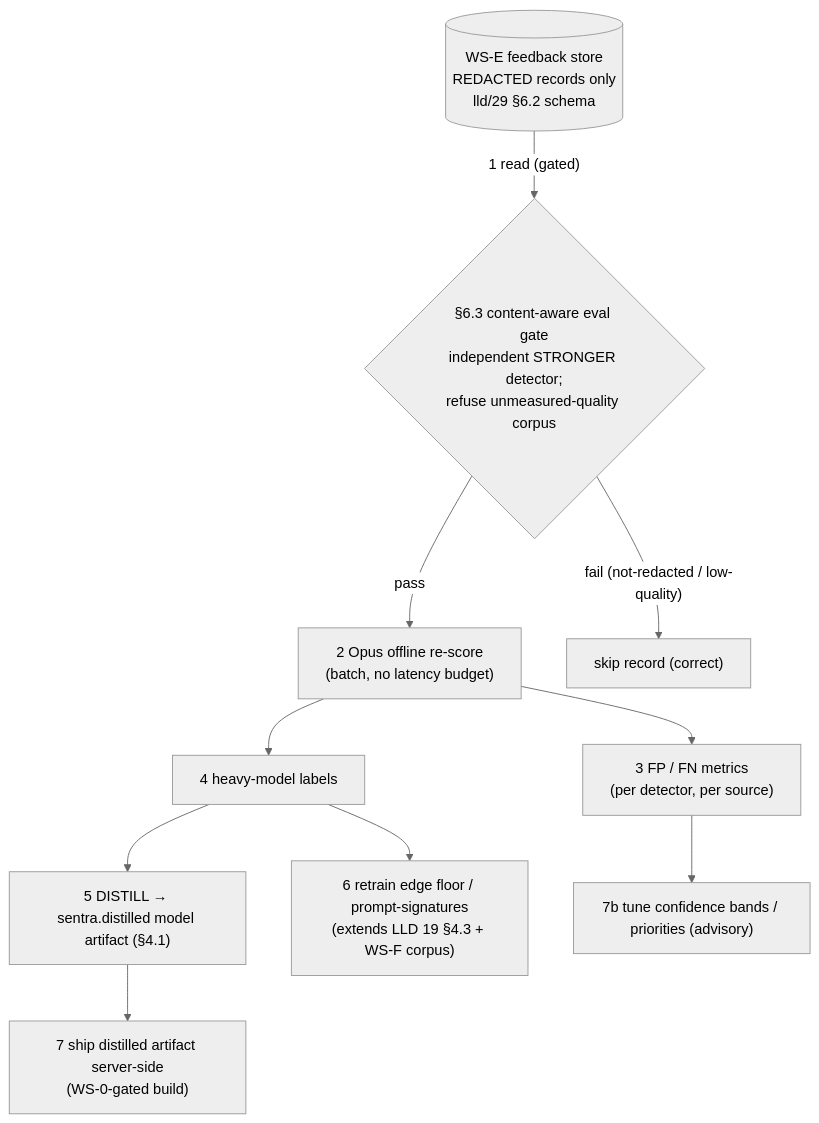
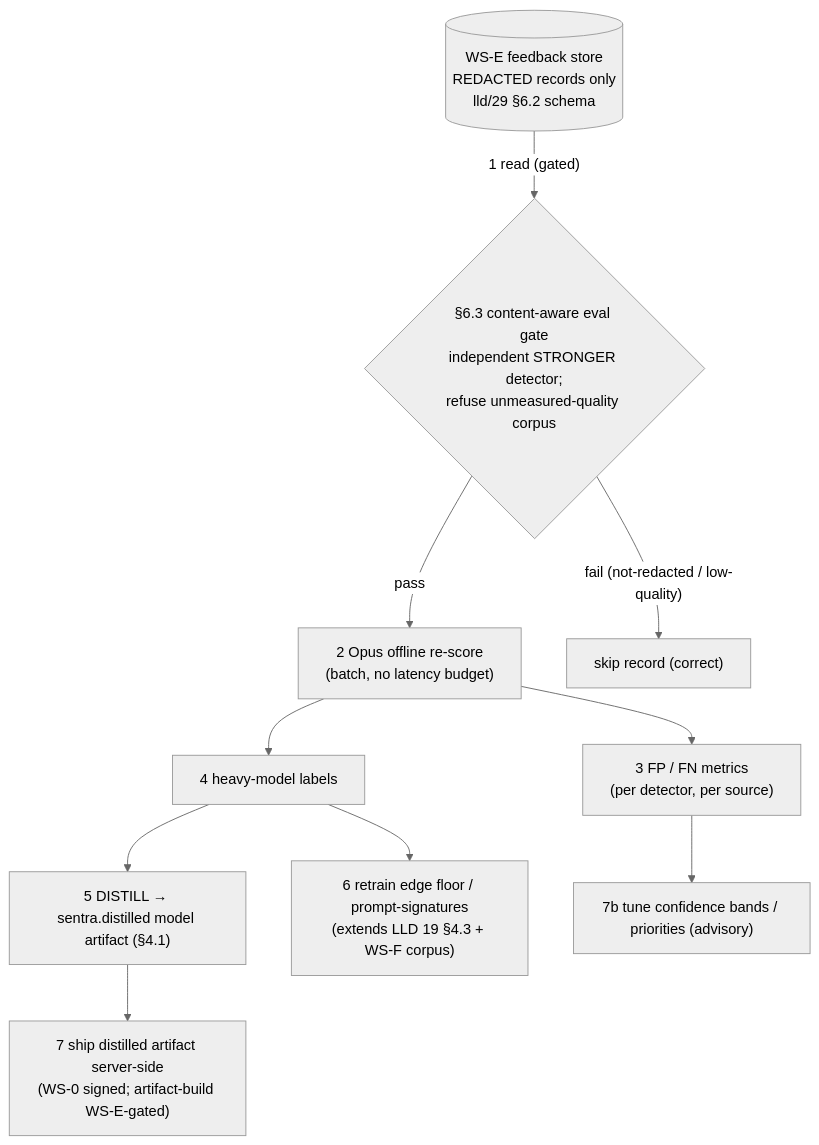
One commit to shashank31mar/Sentra changed the fourth of 4 diagrams in lld/32-detection-depth.md. Above: the diagram before and after it, drawn with Mermaid (neutral theme). The commit also changed other lines of this file and 1 other file, not shown here.

Commit message:
ws-l: lld/32 detection-depth converged (round-4 + FIX-I/J/K identity-order, all_allow scope, T-TRAIL-14 register-when-emitting; mermaid gate clean 33pp)

````diff
--- a/lld/32-detection-depth.md
+++ b/lld/32-detection-depth.md
@@ -398,12 +432,12 @@
 ```mermaid
 flowchart TD
   FS[("WS-E feedback store<br/>REDACTED records only<br/>lld/29 §6.2 schema")] -->|"1 read (gated)"| GATE{"§6.3 content-aware eval gate<br/>independent STRONGER detector;<br/>refuse unmeasured-quality corpus"}
   GATE -->|"pass"| OPUS["2 Opus offline re-score<br/>(batch, no latency budget)"]
   GATE -->|"fail (not-redacted / low-quality)"| SKIP["skip record (correct)"]
   OPUS --> METRICS["3 FP / FN metrics<br/>(per detector, per source)"]
   OPUS --> LABELS["4 heavy-model labels"]
   LABELS --> DISTILL["5 DISTILL → sentra.distilled model artifact (§4.1)"]
   LABELS --> RETRAIN["6 retrain edge floor / prompt-signatures<br/>(extends LLD 19 §4.3 + WS-F corpus)"]
-  DISTILL --> DEPLOY["7 ship distilled artifact server-side<br/>(WS-0-gated build)"]
+  DISTILL --> DEPLOY["7 ship distilled artifact server-side<br/>(WS-0 signed; artifact-build WS-E-gated)"]
   METRICS --> TUNE["7b tune confidence bands / priorities (advisory)"]
 ```
````
